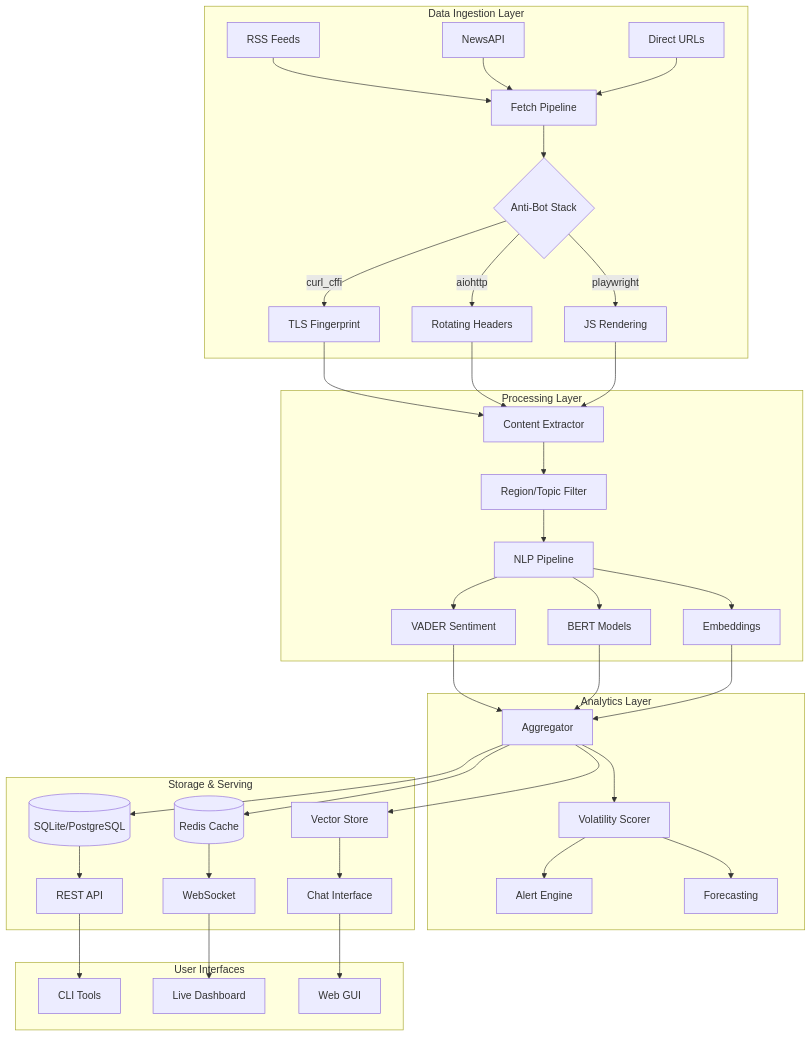
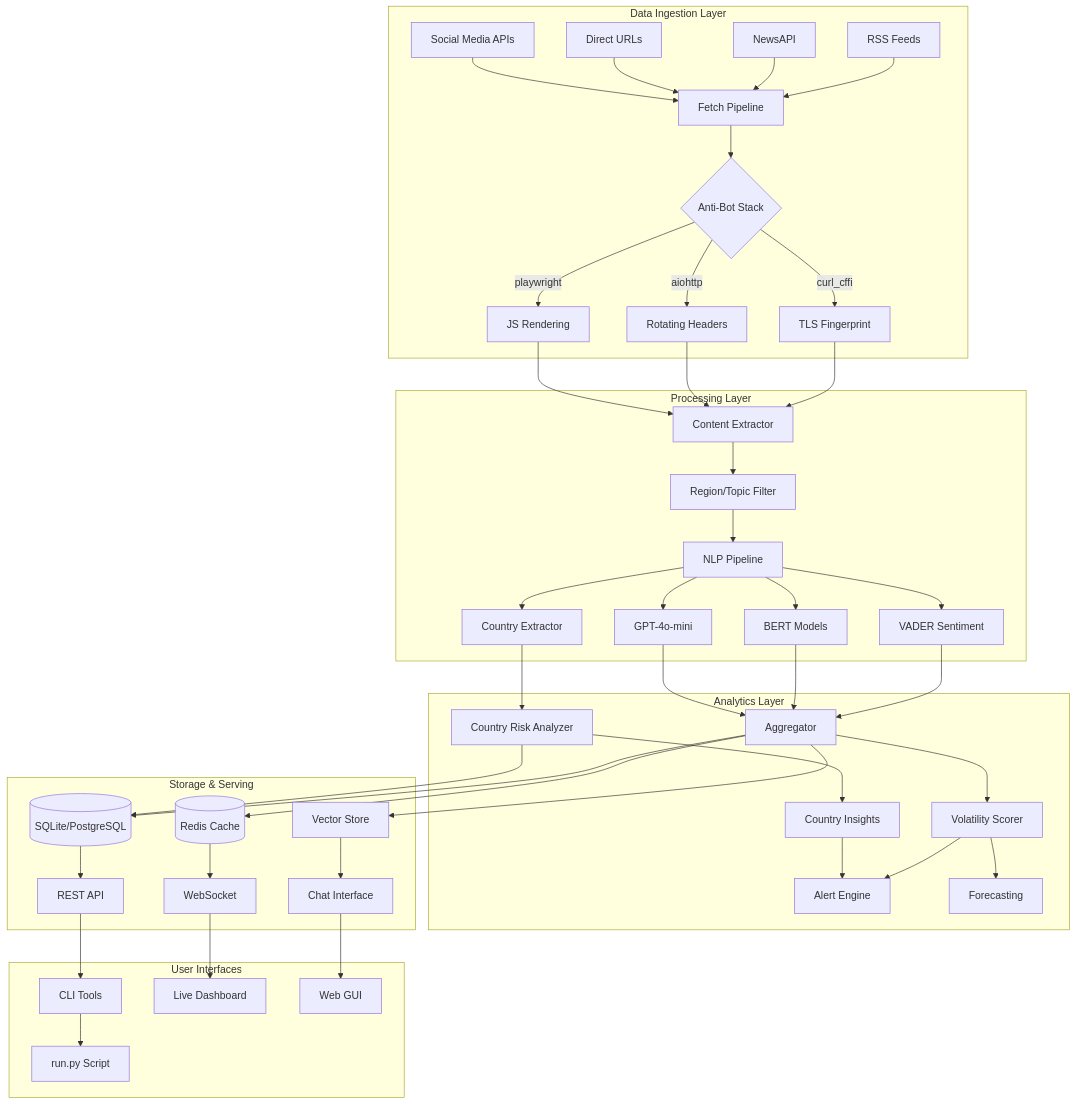
Before and after one commit to BigMe123/BRGSentimentbot: the diagram in README.md, drawn with Mermaid. The commit also changed other lines of this file and 166 other files, not shown here.

````diff
--- a/README.md
+++ b/README.md
@@ -430,52 +340,59 @@
 ```mermaid
 graph TB
     subgraph "Data Ingestion Layer"
         RSS[RSS Feeds] --> FP[Fetch Pipeline]
         NEWS[NewsAPI] --> FP
         HTML[Direct URLs] --> FP
+        SOCIAL[Social Media APIs] --> FP
         
         FP --> AB{Anti-Bot Stack}
         AB -->|curl_cffi| TLS[TLS Fingerprint]
         AB -->|aiohttp| ROT[Rotating Headers]
         AB -->|playwright| JS[JS Rendering]
     end
     
     subgraph "Processing Layer"
         TLS --> CE[Content Extractor]
         ROT --> CE
         JS --> CE
         
         CE --> RF[Region/Topic Filter]
         RF --> NLP[NLP Pipeline]
         
         NLP --> VADER[VADER Sentiment]
         NLP --> BERT[BERT Models]
-        NLP --> EMB[Embeddings]
+        NLP --> LLM[GPT-4o-mini]
+        NLP --> COUNTRY[Country Extractor]
     end
     
     subgraph "Analytics Layer"
         VADER --> AGG[Aggregator]
         BERT --> AGG
-        EMB --> AGG
+        LLM --> AGG
+        COUNTRY --> RISK[Country Risk Analyzer]
         
         AGG --> VOL[Volatility Scorer]
+        RISK --> INSIGHTS[Country Insights]
         VOL --> ALERT[Alert Engine]
+        INSIGHTS --> ALERT
         VOL --> FORE[Forecasting]
     end
     
     subgraph "Storage & Serving"
         AGG --> DB[(SQLite/PostgreSQL)]
+        RISK --> DB
         AGG --> REDIS[(Redis Cache)]
         AGG --> VS[Vector Store]
         
         DB --> API[REST API]
         REDIS --> WS[WebSocket]
         VS --> CHAT[Chat Interface]
     end
     
     subgraph "User Interfaces"
         API --> CLI[CLI Tools]
         WS --> DASH[Live Dashboard]
         CHAT --> WEB[Web GUI]
+        CLI --> RUNPY[run.py Script]
     end
 ```
````
